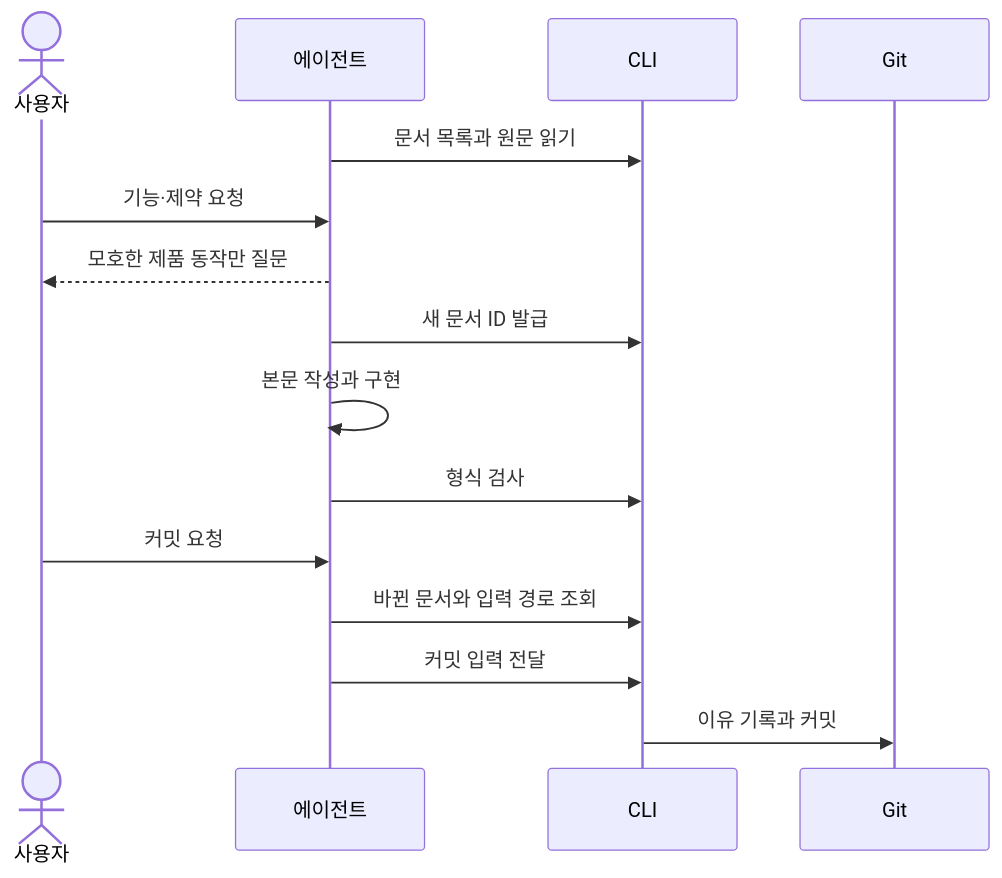
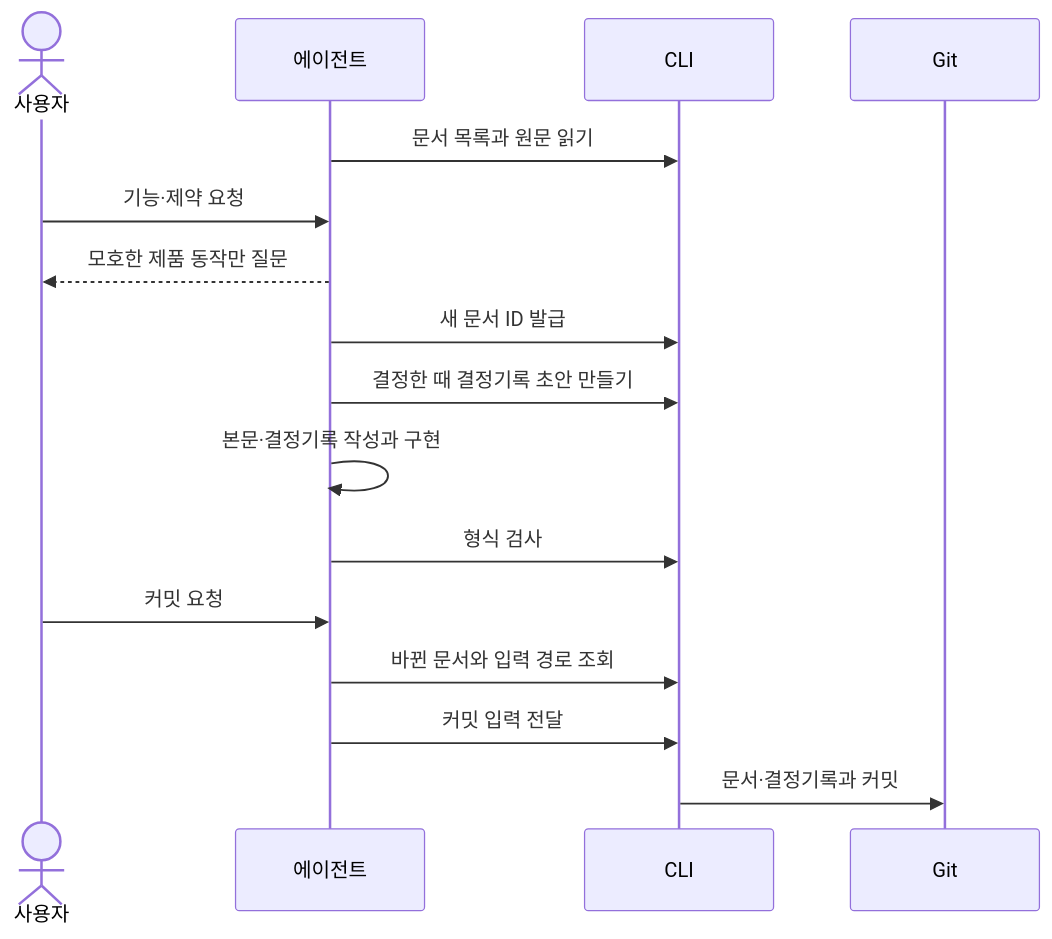
Before and after one commit to dev-goraebap/gitifact: the diagram in .gitifact/spec/agent-workflow/design/overview.md, drawn with Mermaid. The commit also changed other lines of this file and 112 other files, not shown here.

````diff
--- a/.gitifact/spec/agent-workflow/design/overview.md
+++ b/.gitifact/spec/agent-workflow/design/overview.md
@@ -39,17 +39,18 @@
 ```mermaid
 sequenceDiagram
   actor U as 사용자
   participant A as 에이전트
   participant C as CLI
   participant G as Git
   A->>C: 문서 목록과 원문 읽기
   U->>A: 기능·제약 요청
   A-->>U: 모호한 제품 동작만 질문
   A->>C: 새 문서 ID 발급
-  A->>A: 본문 작성과 구현
+  A->>C: 결정한 때 결정기록 초안 만들기
+  A->>A: 본문·결정기록 작성과 구현
   A->>C: 형식 검사
   U->>A: 커밋 요청
   A->>C: 바뀐 문서와 입력 경로 조회
   A->>C: 커밋 입력 전달
-  C->>G: 이유 기록과 커밋
+  C->>G: 문서·결정기록과 커밋
 ```
````
